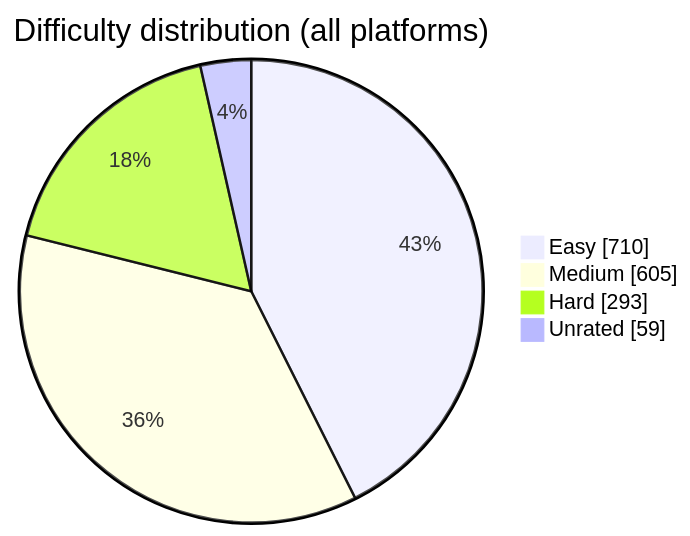
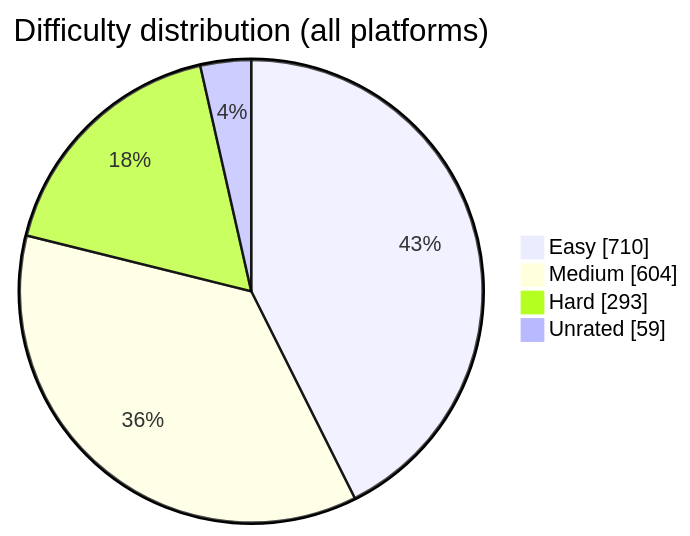
Before and after one commit to BuildbyArindam/Daily-Coding-Log: the diagram in README.md, drawn with Mermaid. The commit also changed other lines of this file, not shown here.

````diff
--- a/README.md
+++ b/README.md
@@ -93,7 +93,7 @@
 ```mermaid
 pie showData title Difficulty distribution (all platforms)
     "Easy" : 710
-    "Medium" : 605
+    "Medium" : 604
     "Hard" : 293
     "Unrated" : 59
 ```
````
